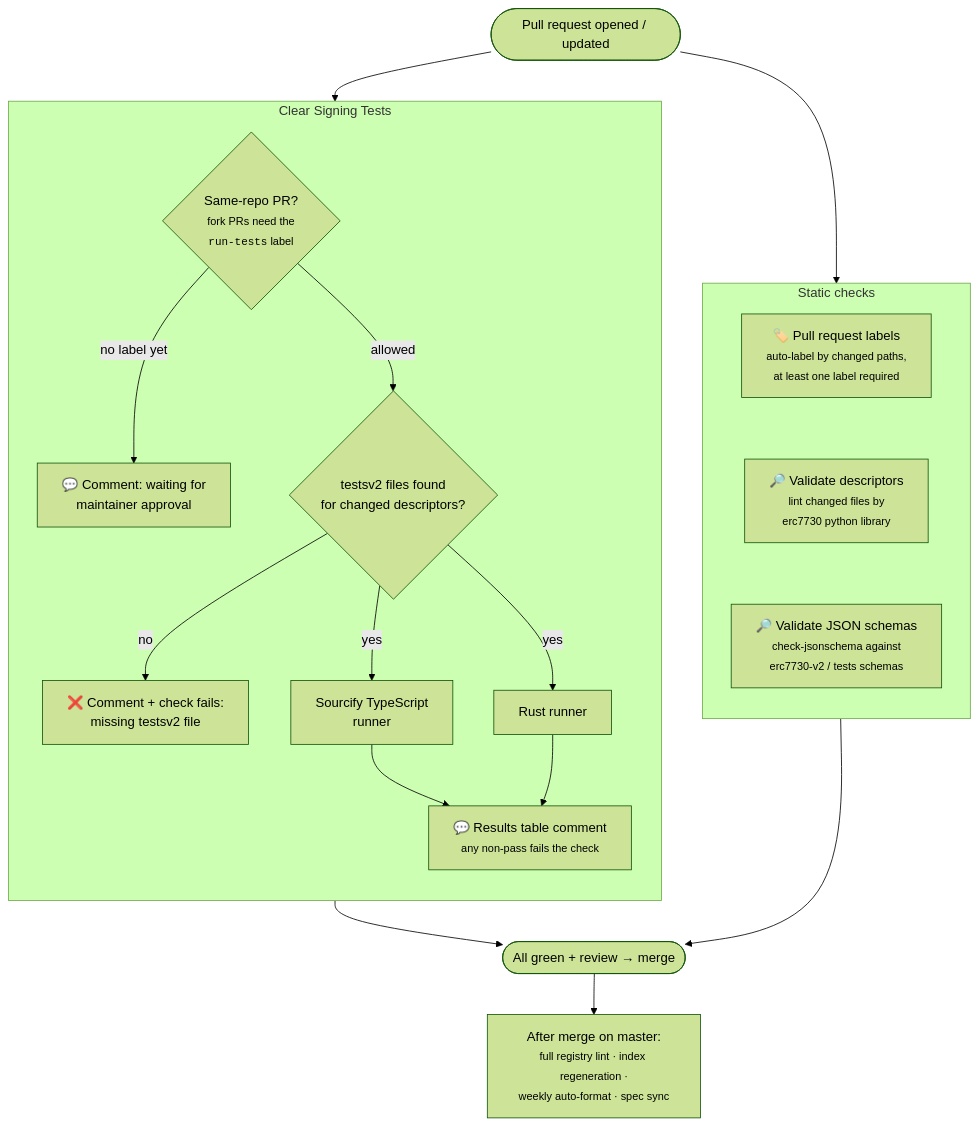
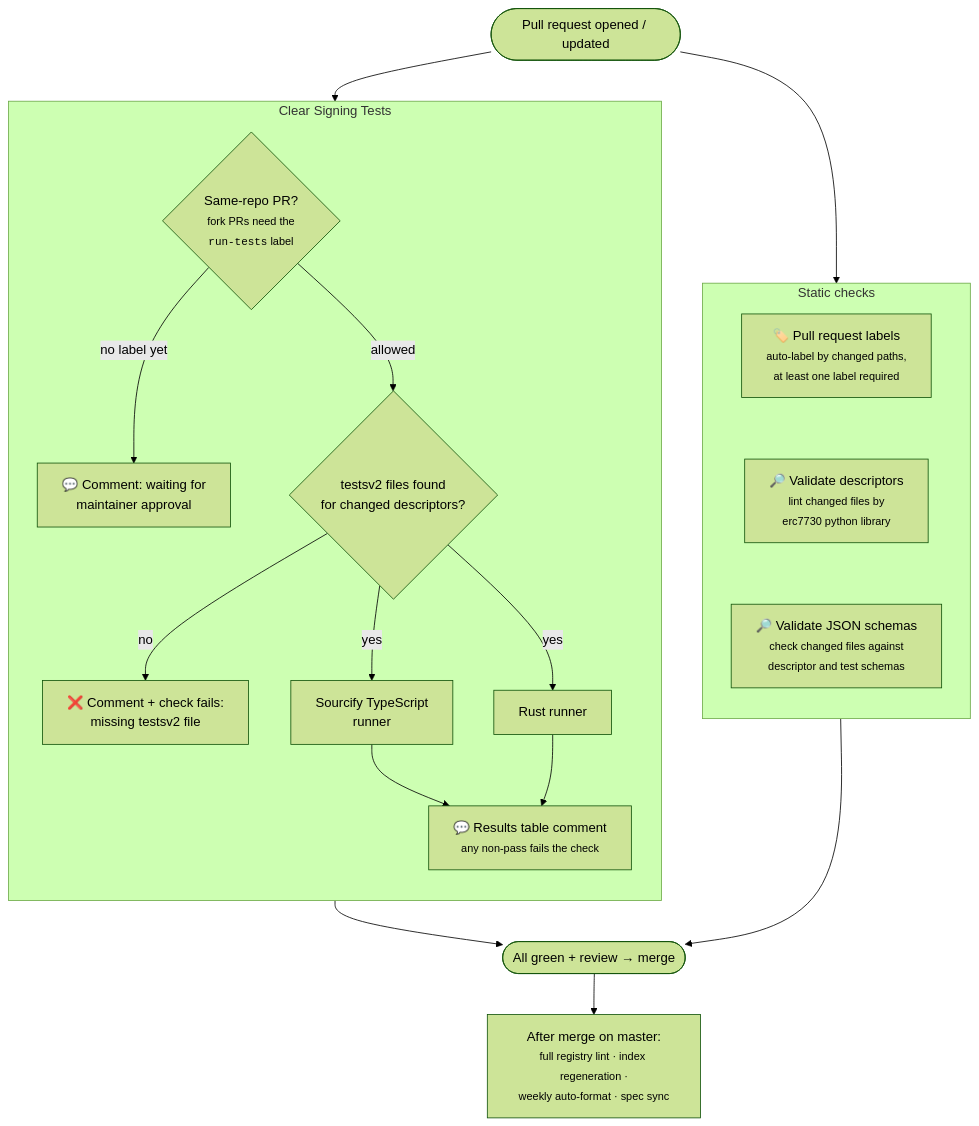
Before and after one commit to sourcifyeth/clear-signing-docs: the diagram in docs/registry/ci-checks.md, drawn with Mermaid (forest theme).

Commit message:
Reword the JSON-schema-validation diagram label

````diff
--- a/docs/registry/ci-checks.md
+++ b/docs/registry/ci-checks.md
@@ -12,31 +12,31 @@
 ```mermaid
 flowchart TD
     PR([Pull request opened / updated])
 
     subgraph static ["Static checks"]
         direction TB
         LBL["🏷️ Pull request labels<br/><small>auto-label by changed paths,<br/>at least one label required</small>"]
         DESC["🔎 Validate descriptors<br/><small>lint changed files by<br/>erc7730 python library</small>"]
-        SCHEMA["🔎 Validate JSON schemas<br/><small>check-jsonschema against<br/>erc7730-v2 / tests schemas</small>"]
+        SCHEMA["🔎 Validate JSON schemas<br/><small>check changed files against<br/>descriptor and test schemas</small>"]
         LBL ~~~ DESC ~~~ SCHEMA
     end
 
     subgraph tests ["Clear Signing Tests"]
         direction TB
         GATE{"Same-repo PR?<br/><small>fork PRs need the<br/><code>run-tests</code> label</small>"}
         GATE -- "no label yet" --> WAIT["💬 Comment: waiting for<br/>maintainer approval"]
         GATE -- "allowed" --> DETECT{"testsv2 files found<br/>for changed descriptors?"}
         DETECT -- "no" --> MISSING["❌ Comment + check fails:<br/>missing testsv2 file"]
         DETECT -- "yes" --> RUNTS["Sourcify TypeScript<br/>runner"]
         DETECT -- "yes" --> RUNRS["Rust runner"]
         RUNTS --> RESULTS["💬 Results table comment<br/><small>any non-pass fails the check</small>"]
         RUNRS --> RESULTS
     end
 
     PR --> LBL
     PR --> GATE
     RESULTS --> MERGE([All green + review → merge])
     SCHEMA ~~~ MERGE
     static --> MERGE
     MERGE --> POST["After merge on master:<br/><small>full registry lint · index regeneration ·<br/>weekly auto-format · spec sync</small>"]
 ```
````
